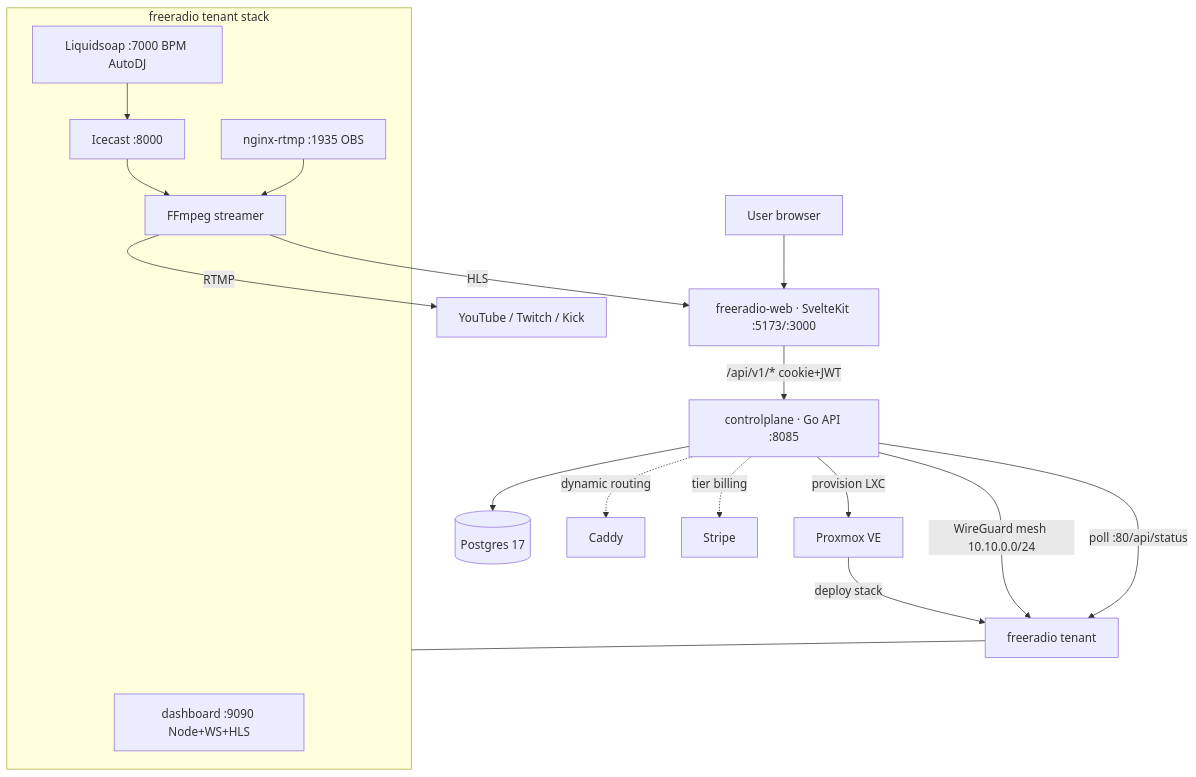
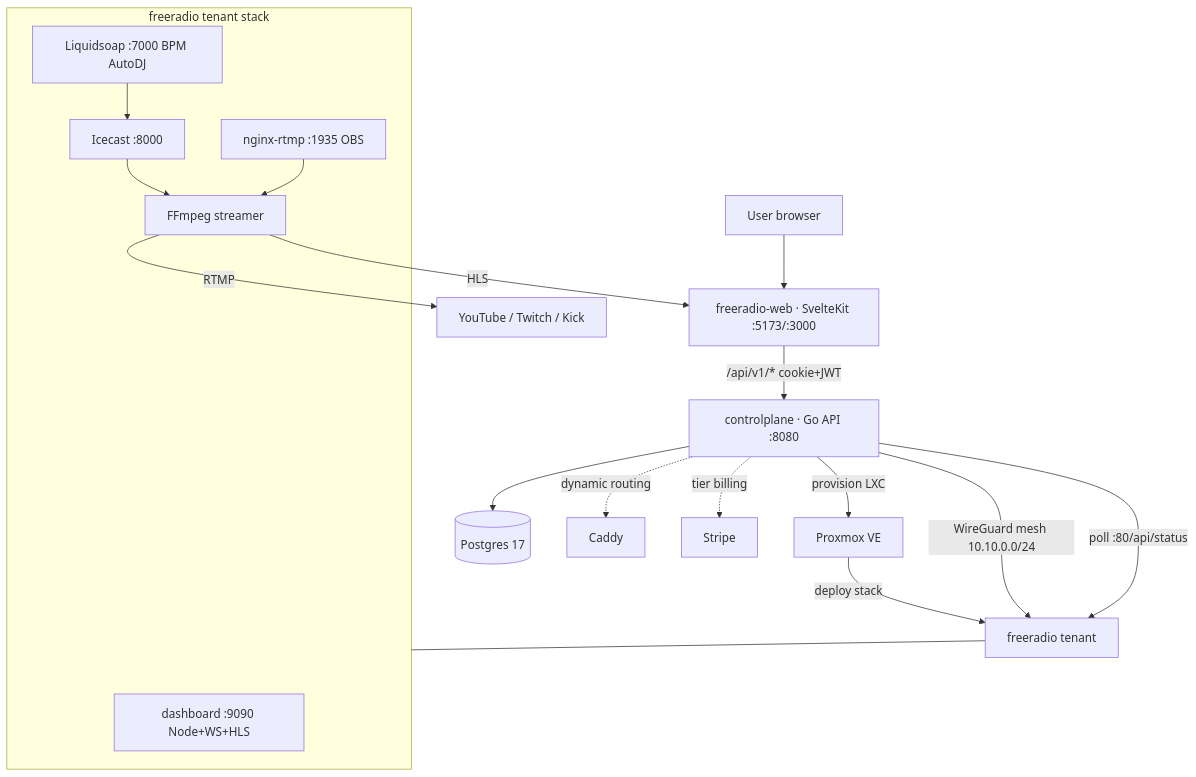
One commit to Awis13/controlplane changed the diagram in README.md. Above: the diagram before and after it, drawn with Mermaid. The commit also changed other lines of this file and 2 other files, not shown here.

````diff
--- a/README.md
+++ b/README.md
@@ -38,24 +38,24 @@
 ```mermaid
 flowchart TD
     U[User browser] --> W[freeradio-web · SvelteKit :5173/:3000]
-    W -->|/api/v1/* cookie+JWT| CP[controlplane · Go API :8085]
+    W -->|/api/v1/* cookie+JWT| CP[controlplane · Go API :8080]
     CP --> PG[(Postgres 17)]
     CP -->|provision LXC| PX[Proxmox VE]
     PX -->|deploy stack| FR[freeradio tenant]
     CP -->|WireGuard mesh 10.10.0.0/24| FR
     CP -->|poll :80/api/status| FR
     CP -. dynamic routing .-> CADDY[Caddy]
     CP -. tier billing .-> STRIPE[Stripe]
     subgraph TENANT[freeradio tenant stack]
       DASH[dashboard :9090 Node+WS+HLS]
       ICE[Icecast :8000]
       LIQ[Liquidsoap :7000 BPM AutoDJ]
       FF[FFmpeg streamer]
       RTMP[nginx-rtmp :1935 OBS]
       LIQ --> ICE --> FF
       RTMP --> FF
     end
     FR --- TENANT
     FF -->|HLS| W
     FF -->|RTMP| EXT[YouTube / Twitch / Kick]
 ```
````
